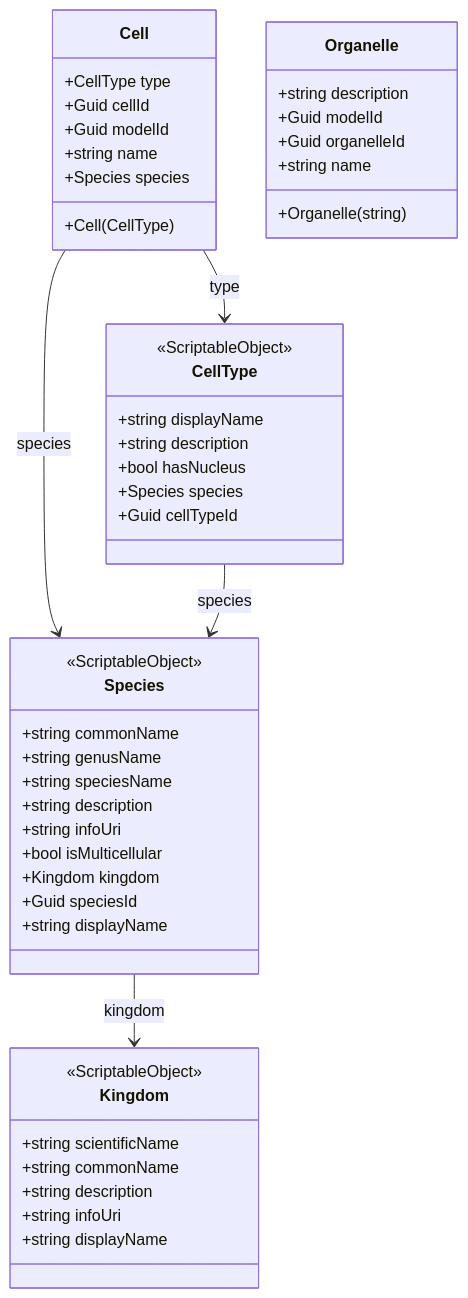
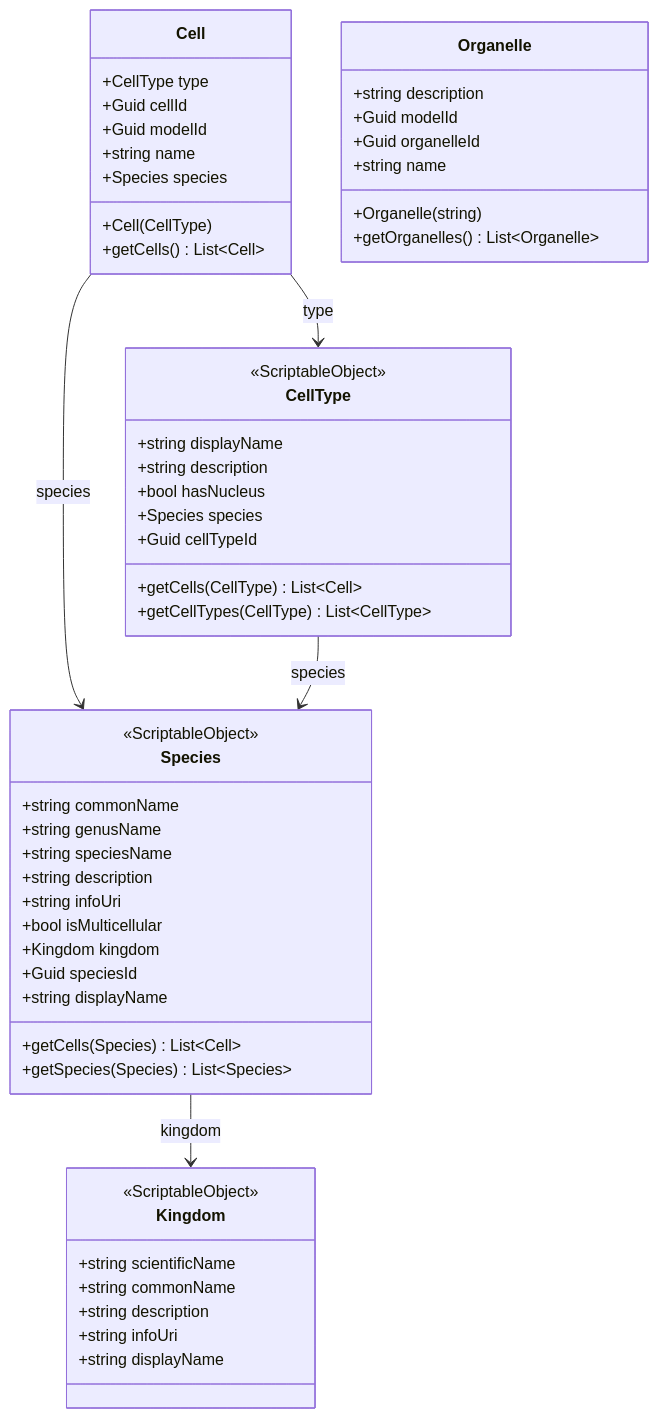
Before and after one commit to From-Null/from-null-capstone: the diagram in docs/dev/classes.md, drawn with Mermaid. The commit also changed 1 other file, not shown here.

Commit message:
Add methods to the class diagram

````diff
--- a/docs/dev/classes.md
+++ b/docs/dev/classes.md
@@ -5,50 +5,56 @@
 ```mermaid
 classDiagram
     class Cell {
         +CellType type
         +Guid cellId
         +Guid modelId
         +string name
         +Species species
         +Cell(CellType)
+        +getCells() List~Cell~
     }
     class CellType {
         <<ScriptableObject>>
         +string displayName
         +string description
         +bool hasNucleus
         +Species species
         +Guid cellTypeId
+        +getCells(CellType) List~Cell~
+        +getCellTypes(CellType) List~CellType~
     }
     class Kingdom {
         <<ScriptableObject>>
         +string scientificName
         +string commonName
         +string description
         +string infoUri
         +string displayName
     }
     class Organelle {
         +string description
         +Guid modelId
         +Guid organelleId
         +string name
         +Organelle(string)
+        +getOrganelles() List~Organelle~
     }
     class Species {
         <<ScriptableObject>>
         +string commonName
         +string genusName
         +string speciesName
         +string description
         +string infoUri
         +bool isMulticellular
         +Kingdom kingdom
         +Guid speciesId
         +string displayName
+        +getCells(Species) List~Cell~
+        +getSpecies(Species) List~Species~
     }
     Cell --> CellType : type
     Cell --> Species : species
     CellType --> Species : species
     Species --> Kingdom : kingdom
 ```
````
